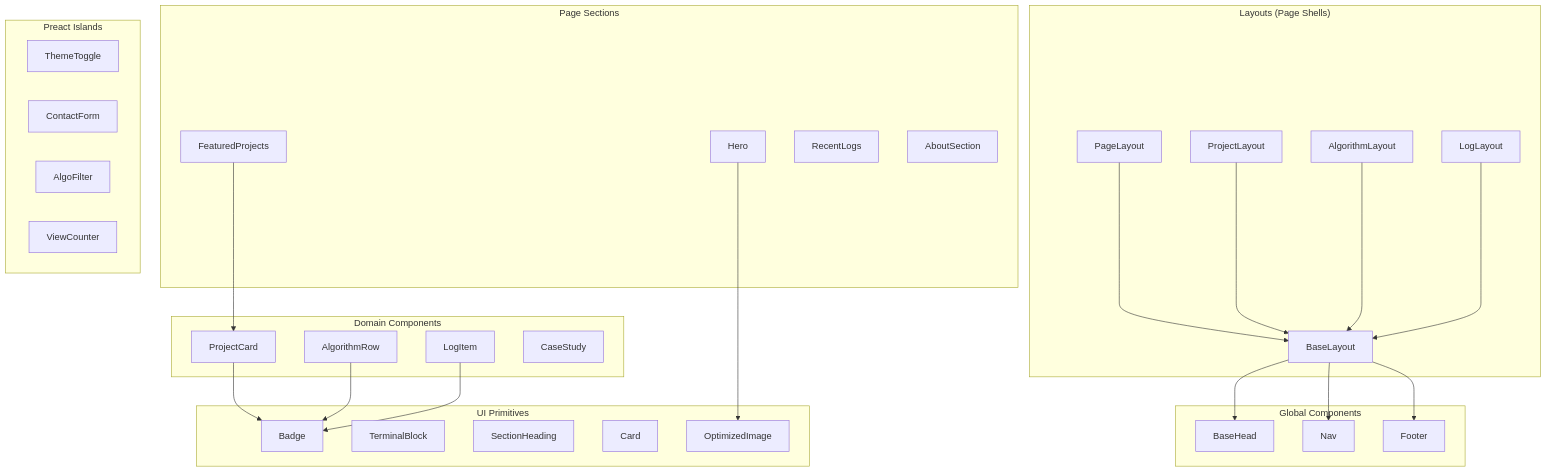
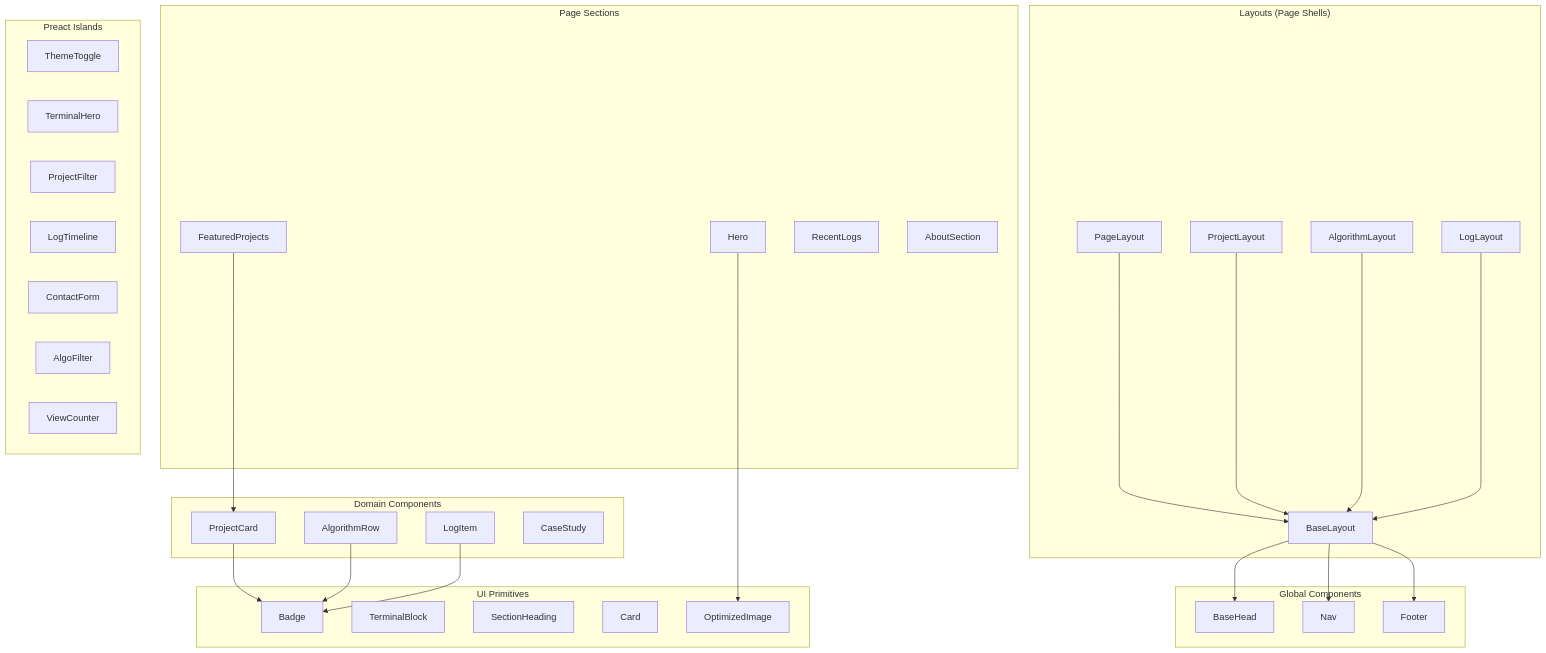
One commit to Sharmaharshitnone/portfolio changed the diagram in architecture/LLD/03-component-specs.md. Above: the diagram before and after it, drawn with Mermaid. The commit also changed other lines of this file and 28 other files, not shown here.

````diff
--- a/architecture/LLD/03-component-specs.md
+++ b/architecture/LLD/03-component-specs.md
@@ -5,58 +5,61 @@
 ```mermaid
 graph TD
     subgraph Layouts ["Layouts (Page Shells)"]
         BL[BaseLayout]
         PL[PageLayout]
         PRL[ProjectLayout]
         ALL[AlgorithmLayout]
         LL[LogLayout]
     end
 
     subgraph Global ["Global Components"]
         BH[BaseHead]
         NAV[Nav]
         FT[Footer]
     end
 
     subgraph Sections ["Page Sections"]
       HERO[Hero]
       FP[FeaturedProjects]
       RL[RecentLogs]
       AS[AboutSection]
     end
 
     subgraph Domain ["Domain Components"]
       PC[ProjectCard]
       AR[AlgorithmRow]
       LI[LogItem]
       CS[CaseStudy]
     end
 
     subgraph UI ["UI Primitives"]
         BDG[Badge]
         TB[TerminalBlock]
         SH[SectionHeading]
         CRD[Card]
         OI[OptimizedImage]
     end
 
     subgraph Islands ["Preact Islands"]
         TT[ThemeToggle]
+        TH[TerminalHero]
+        PF[ProjectFilter]
+        LT[LogTimeline]
         CF[ContactForm]
         AF[AlgoFilter]
         VC[ViewCounter]
     end
 
     BL --> BH
     BL --> NAV
     BL --> FT
     PL --> BL
     PRL --> BL
     ALL --> BL
     LL --> BL
     HERO --> OI
     FP --> PC
     PC --> BDG
     AR --> BDG
     LI --> BDG
 ```
````
